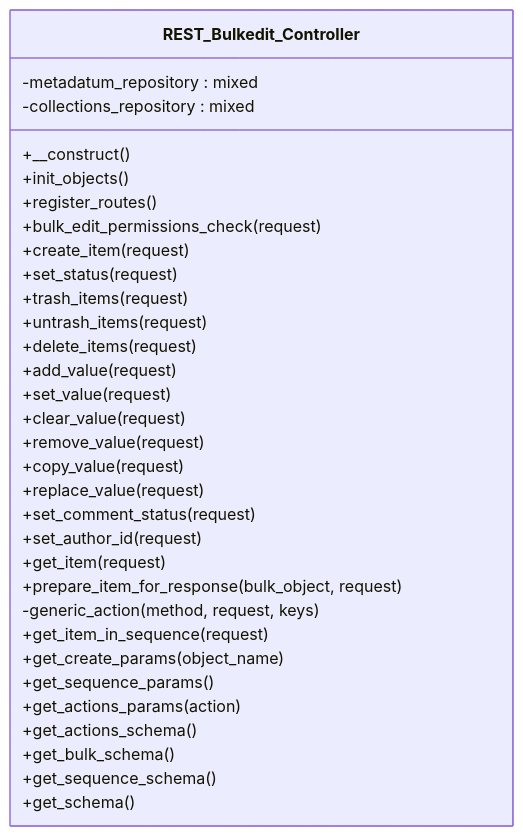
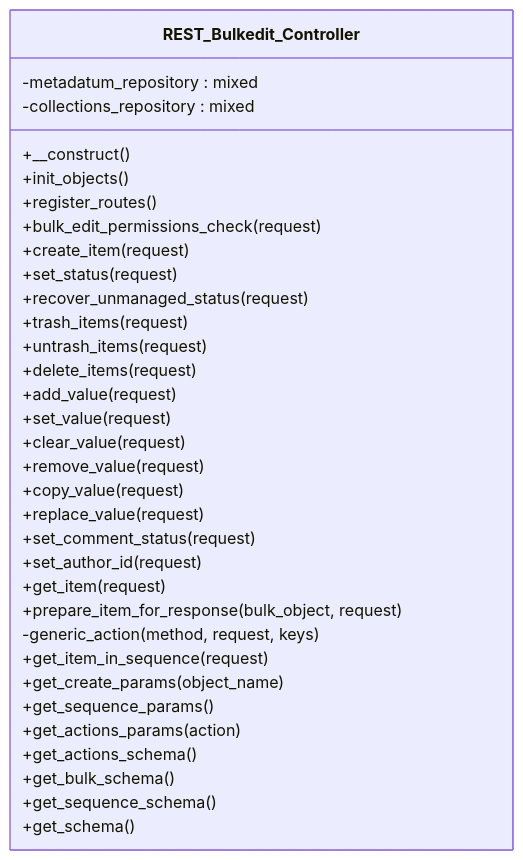
The diagram in docs/phpdoc/classes/Tainacan/API/EndPoints/REST_Bulkedit_Controller.mmd (tainacan/tainacan), drawn with Mermaid before and after one commit. The commit also changed 11 other files, not shown here.

```diff
--- a/docs/phpdoc/classes/Tainacan/API/EndPoints/REST_Bulkedit_Controller.mmd
+++ b/docs/phpdoc/classes/Tainacan/API/EndPoints/REST_Bulkedit_Controller.mmd
@@ -1,34 +1,35 @@
 classDiagram
     direction TB
     class REST_Bulkedit_Controller {
         -metadatum_repository : mixed
         -collections_repository : mixed
         +__construct()
         +init_objects()
         +register_routes()
         +bulk_edit_permissions_check(request)
         +create_item(request)
         +set_status(request)
+        +recover_unmanaged_status(request)
         +trash_items(request)
         +untrash_items(request)
         +delete_items(request)
         +add_value(request)
         +set_value(request)
         +clear_value(request)
         +remove_value(request)
         +copy_value(request)
         +replace_value(request)
         +set_comment_status(request)
         +set_author_id(request)
         +get_item(request)
         +prepare_item_for_response(bulk_object, request)
         -generic_action(method, request, keys)
         +get_item_in_sequence(request)
         +get_create_params(object_name)
         +get_sequence_params()
         +get_actions_params(action)
         +get_actions_schema()
         +get_bulk_schema()
         +get_sequence_schema()
         +get_schema()
     }
```
